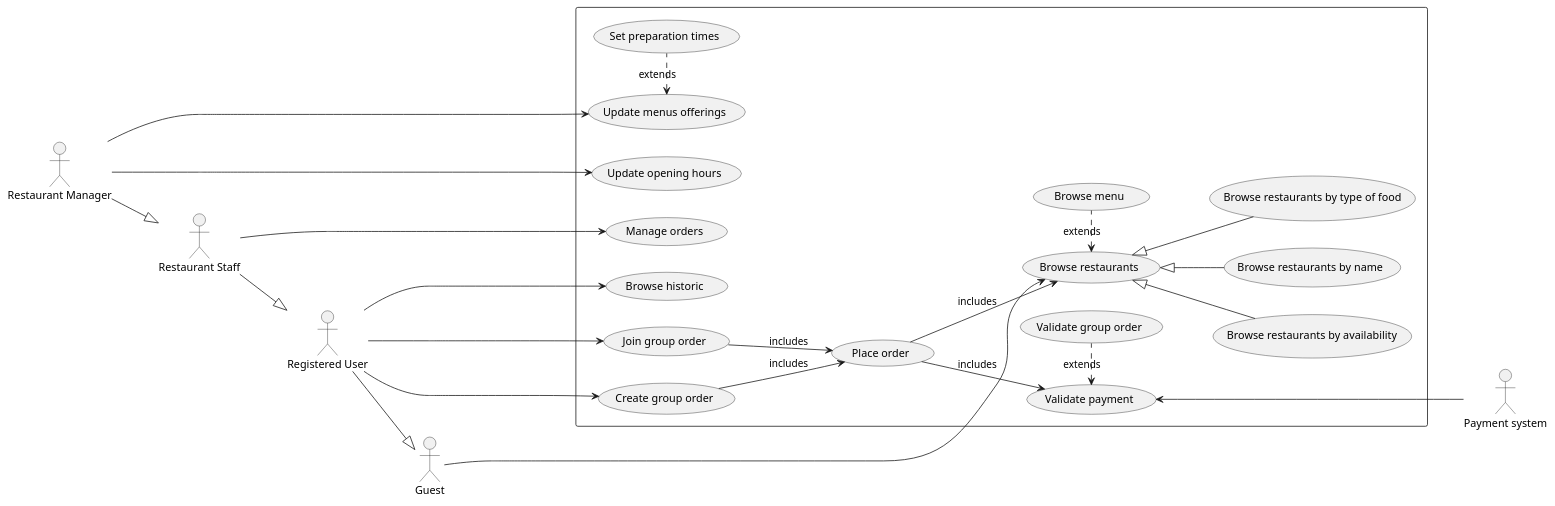
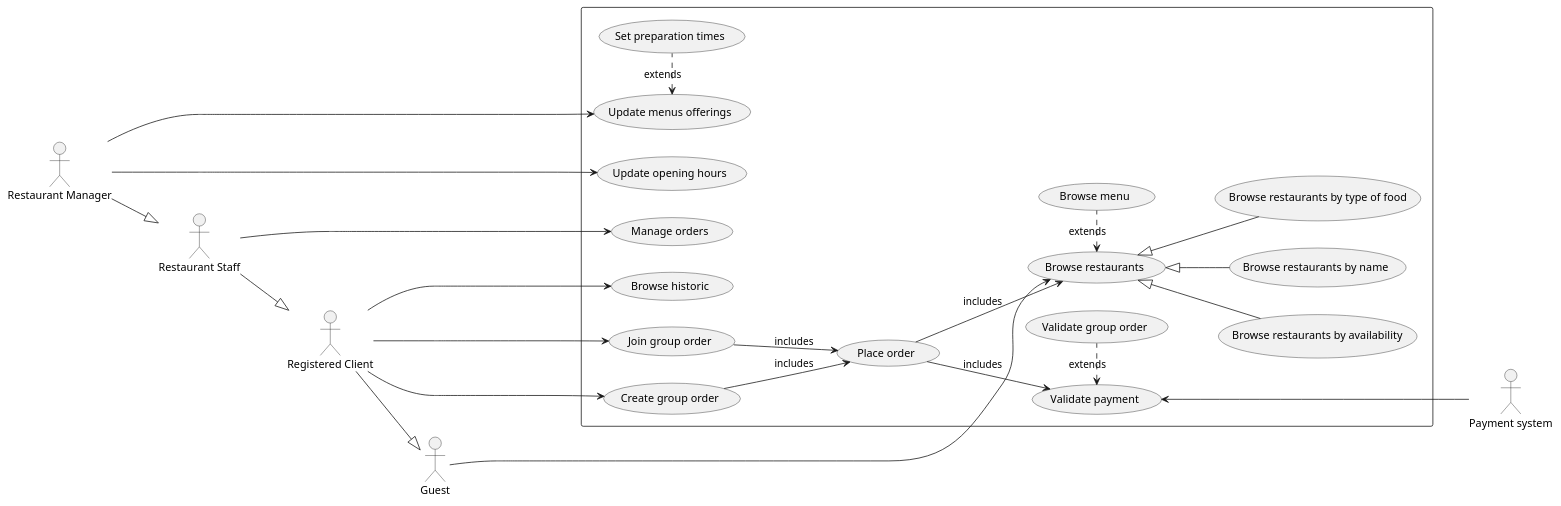
Before and after one commit to Other-Project/SI4-STEats: the first of 4 diagrams in doc/uml.md, drawn with PlantUML. The commit also changed other lines of this file, not shown here.

Commit message:
docs(#5): Sequence diagram addMenuItem

````diff
--- a/doc/uml.md
+++ b/doc/uml.md
@@ -30,50 +30,50 @@
 ```plantuml
 @startuml
 left to right direction
 actor "Restaurant Manager" as manager
 actor "Restaurant Staff" as restaurant
-actor "Registered User" as registered_user
+actor "Registered Client" as registered_user
 actor "Guest" as guest
 actor "Payment system" as payment_system
 rectangle {
   usecase "Browse restaurants" as UC1
   usecase "Browse restaurants by name" as UC1A
   usecase "Browse restaurants by type of food" as UC1B
   usecase "Browse restaurants by availability" as UC1C
   usecase "Browse menu" as UC2
   usecase "Update opening hours" as UC10
   usecase "Update menus offerings" as UC20
   usecase "Set preparation times" as UC30
   usecase "Manage orders" as UC40
   usecase "Place order" as UC3
   usecase "Create group order" as UC4
   usecase "Join group order" as UC4b
   usecase "Validate group order" as UC5
   usecase "Browse historic" as UC6
   usecase "Validate payment" as UC7
 }
 manager --|> restaurant
 restaurant --|> registered_user
 registered_user --|> guest
 guest ------> UC1
 UC1 <. UC2 : extends
 UC1 <|-- UC1A
 UC1 <|-- UC1B
 UC1 <|-- UC1C
  
 UC3 --> UC1 : includes
 registered_user ---> UC4 
 registered_user ---> UC4b
 registered_user ---> UC6
 UC4 --> UC3 : includes
 UC4b --> UC3 : includes
 UC3 --> UC7 : includes
 UC7 <. UC5 : extends
 UC7 <--- payment_system
 
 restaurant --> UC40
 manager --> UC10
 manager --> UC20
 UC20 <. UC30 : extends
 @enduml
 ```
````
